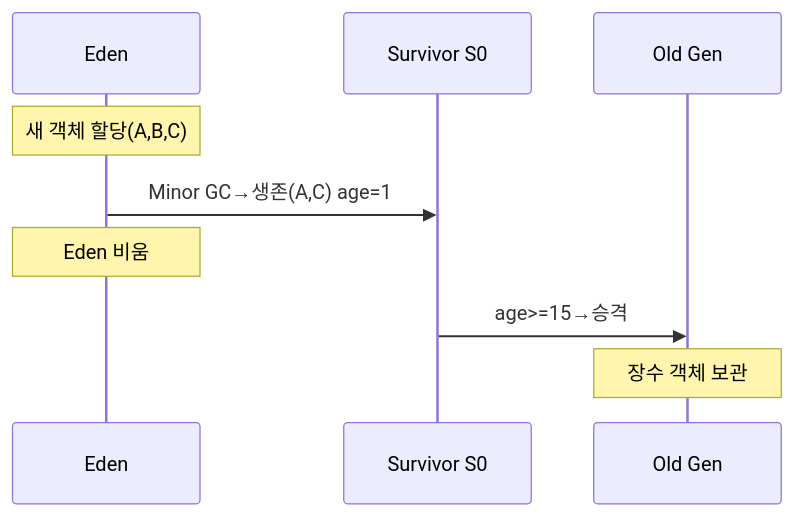
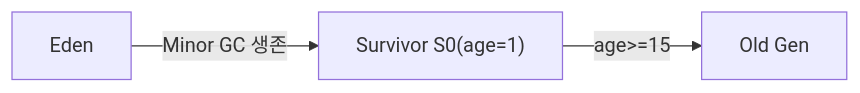
The tenth of 29 diagrams in _posts/java/2026-05-01-java-garbage-collector.md (yjkim2015/yjkim2015.github.io), drawn with Mermaid before and after one commit. The commit also changed other lines of this file and 163 other files, not shown here.

First line of the commit message:
Mermaid 300개 블록 내용 축소: 5노드 5엣지 이하, 의미 있는 약어

````diff
--- a/_posts/java/2026-05-01-java-garbage-collector.md
+++ b/_posts/java/2026-05-01-java-garbage-collector.md
@@ -162,11 +162,5 @@
 ```mermaid
-sequenceDiagram
-    participant Eden
-    participant S0 as Survivor S0
-    participant Old as Old Gen
-    Note over Eden: 새 객체 할당(A,B,C)
-    Eden->>S0: Minor GC→생존(A,C) age=1
-    Note over Eden: Eden 비움
-    S0->>Old: age>=15→승격
-    Note over Old: 장수 객체 보관
+graph LR
+    Eden -->|Minor GC 생존| S0["Survivor S0(age=1)"]
+    S0 -->|age>=15| Old["Old Gen"]
 ```
````
